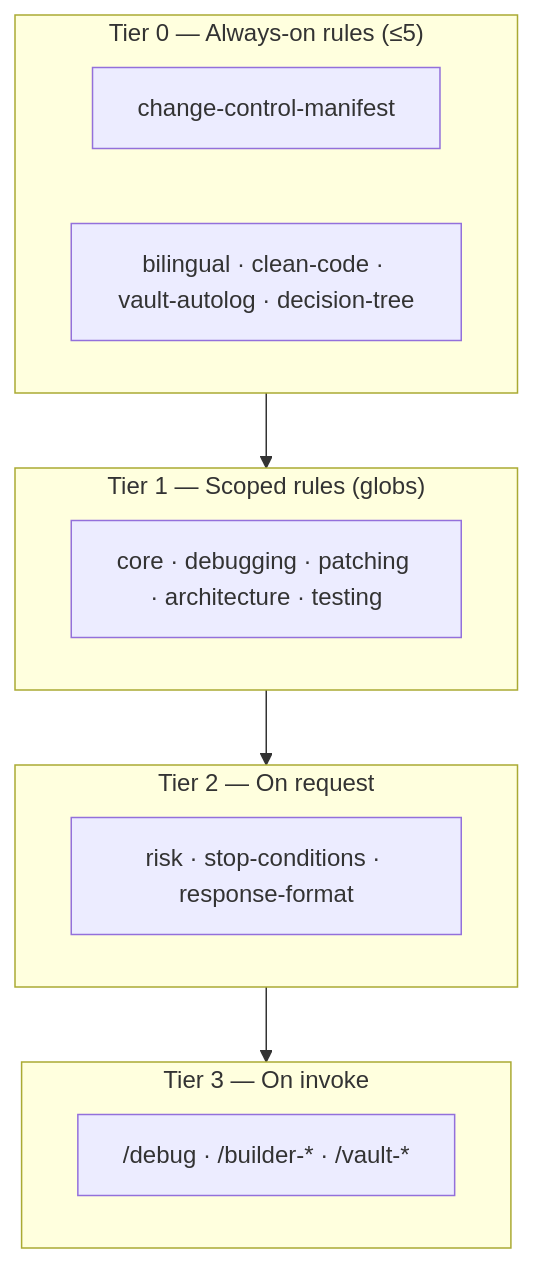
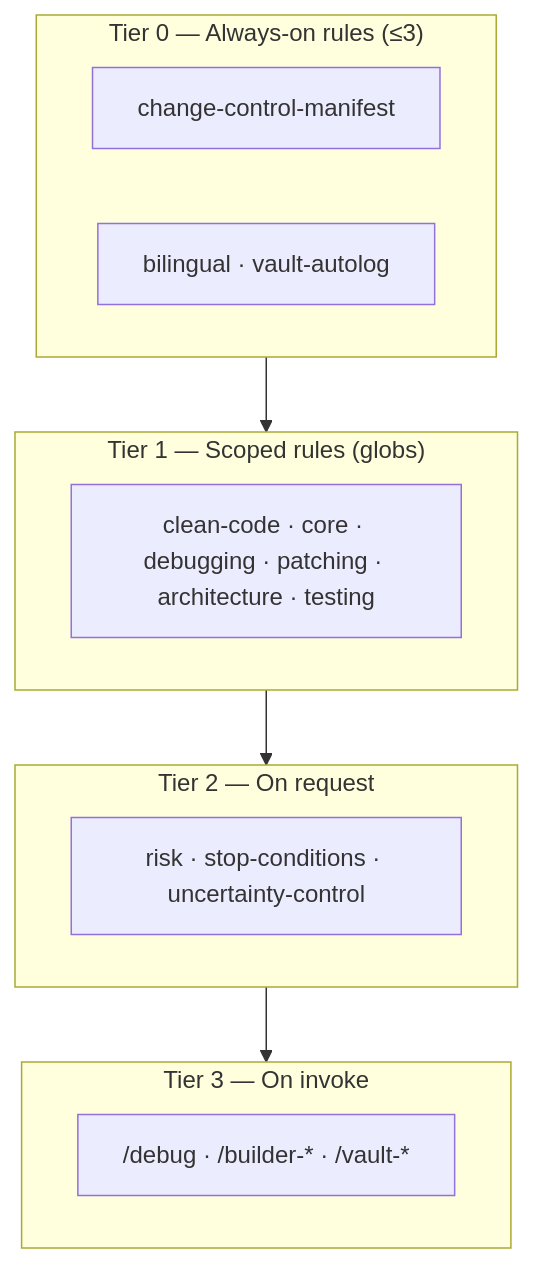
Before and after one commit to kornthiwars/SKILLS-AI: the first of 2 diagrams in ARCHITECTURE.md, drawn with Mermaid. The commit also changed 19 other files, not shown here.

````diff
--- a/ARCHITECTURE.md
+++ b/ARCHITECTURE.md
@@ -42,19 +42,19 @@
 ```mermaid
 flowchart TB
-  subgraph L0["Tier 0 — Always-on rules (≤5)"]
+  subgraph L0["Tier 0 — Always-on rules (≤3)"]
     M[change-control-manifest]
-    B[bilingual · clean-code · vault-autolog · decision-tree]
+    B[bilingual · vault-autolog]
   end
   subgraph L1["Tier 1 — Scoped rules (globs)"]
-    C[core · debugging · patching · architecture · testing]
+    C[clean-code · core · debugging · patching · architecture · testing]
   end
   subgraph L2["Tier 2 — On request"]
-    R[risk · stop-conditions · response-format]
+    R[risk · stop-conditions · uncertainty-control]
   end
   subgraph L3["Tier 3 — On invoke"]
     S["/debug · /builder-* · /vault-*"]
   end
   L0 --> L1
   L1 --> L2
   L2 --> L3
 ```
````
